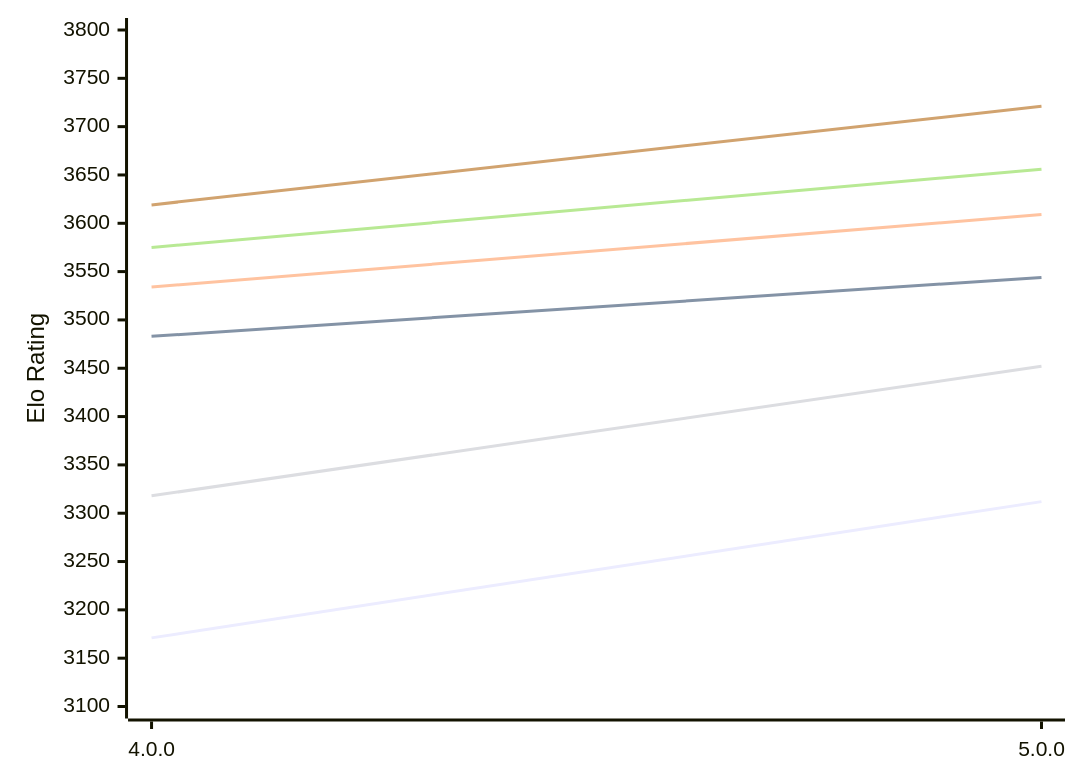
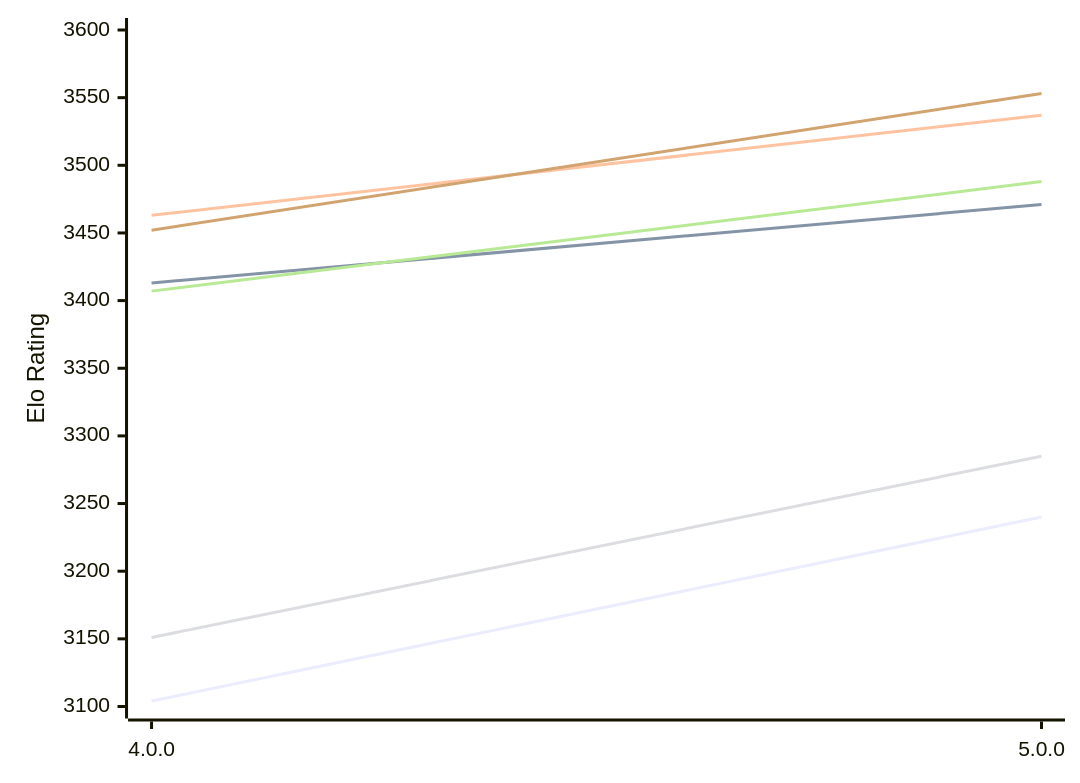
Before and after one commit to computer-chess-index/cci: the first of 2 diagrams in engines/Avalanche.md, drawn with Mermaid. The commit also changed other lines of this file, not shown here.

Commit message:
Update CCI Ratings (ELO VLTC) - 2026-11-13

````diff
--- a/engines/Avalanche.md
+++ b/engines/Avalanche.md
@@ -50,12 +50,12 @@
 ```mermaid
 %%{init: {"theme":"base","themeVariables":{"seriesColors:['#a3a3a3','#222221','#faa371']}}}%%
 xychart-beta
   x-axis ["4.0.0", "5.0.0"]
-  y-axis "Elo Rating" 3100 --> 3800
-  line "E1: STC (8.0+0.08s)" [3171, 3312]
-  line "E1: LTC (60.0+0.60s)" [3483, 3544]
-  line "E1: VLTC (2m24s+1.12s)" [3534, 3609]
-  line "P1: STC (8.0+0.08s)" [3318, 3452]
-  line "P1: LTC (60.0+0.60s)" [3575, 3656]
-  line "P1: VLTC (2m24s+1.12s)" [3619, 3721]
+  y-axis "Elo Rating" 3100 --> 3600
+  line "E1: STC (8.0+0.08s)" [3104, 3240]
+  line "E1: LTC (60.0+0.60s)" [3413, 3471]
+  line "E1: VLTC (2m24s+1.12s)" [3463, 3537]
+  line "P1: STC (8.0+0.08s)" [3151, 3285]
+  line "P1: LTC (60.0+0.60s)" [3407, 3488]
+  line "P1: VLTC (2m24s+1.12s)" [3452, 3553]
 ```
````
